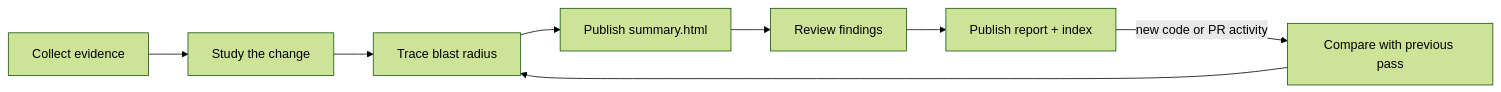
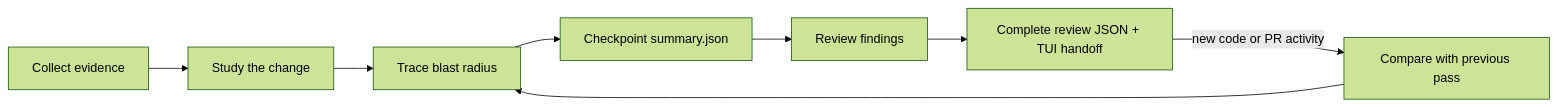
Before and after one commit to adiutama/skills: the diagram in skills/review-change/README.md, drawn with Mermaid (forest theme). The commit also changed other lines of this file and 17 other files, not shown here.

````diff
--- a/skills/review-change/README.md
+++ b/skills/review-change/README.md
@@ -29,10 +33,10 @@
 ```mermaid
 flowchart LR
     A[Collect evidence] --> B[Study the change]
     B --> C[Trace blast radius]
-    C --> D[Publish summary.html]
+    C --> D[Checkpoint summary.json]
     D --> E[Review findings]
-    E --> F[Publish report + index]
+    E --> F[Complete review JSON + TUI handoff]
     F -->|new code or PR activity| G[Compare with previous pass]
     G --> C
 ```
````
